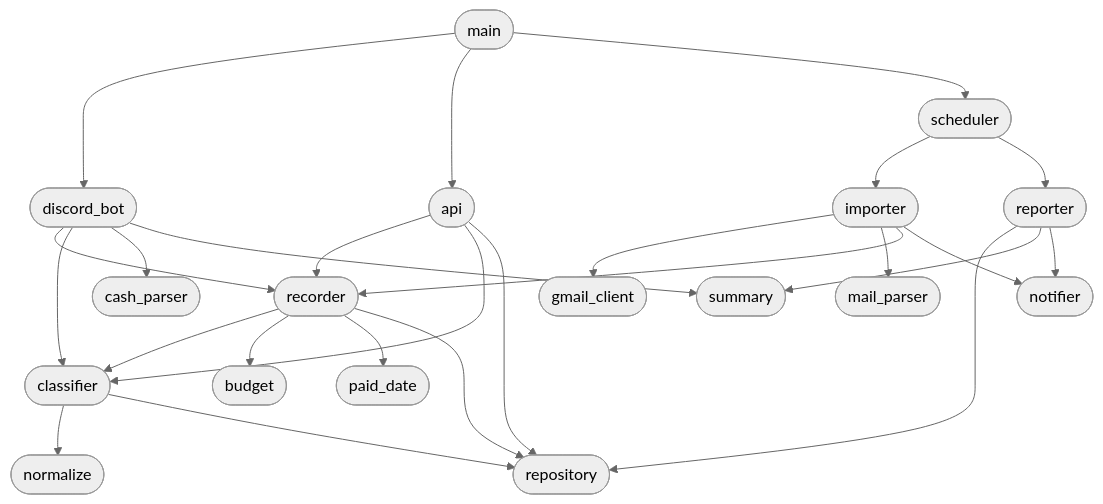
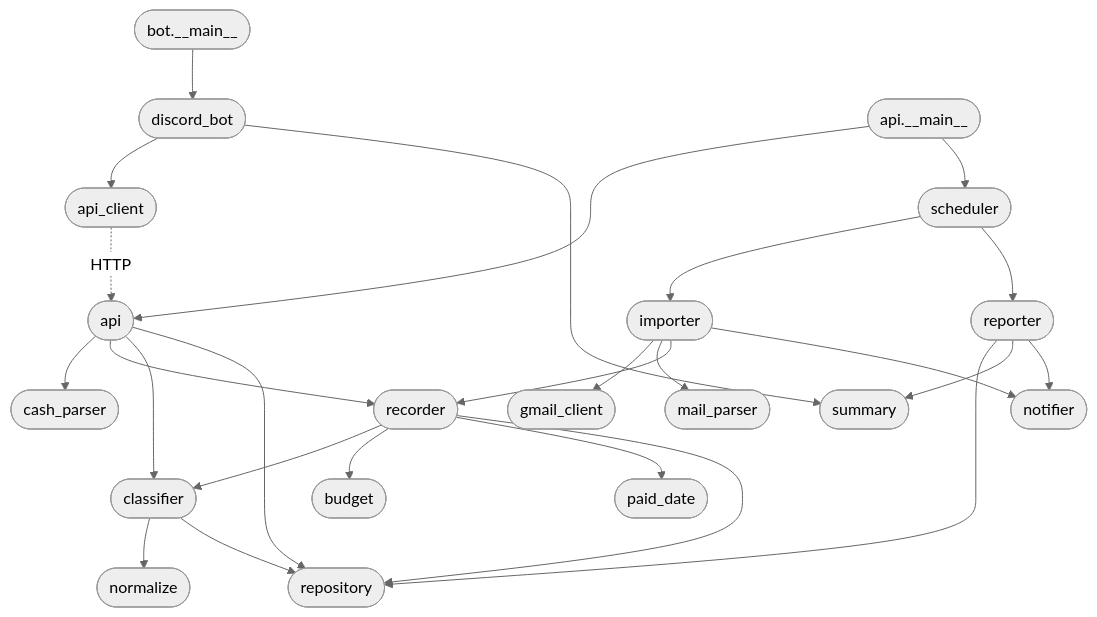
The fourth of 4 diagrams in docs/design.md (Yokochi513/Tsukena), drawn with Mermaid (neutral theme) before and after one commit. The commit also changed other lines of this file and 8 other files, not shown here.

First line of the commit message:
Discord bot の設計書と ADR-0006〜0008 を追加

````diff
--- a/docs/design.md
+++ b/docs/design.md
@@ -226,31 +256,31 @@
 ```mermaid
 flowchart TD
-    MAIN(["main"]) --> BOT(["discord_bot"])
-    MAIN --> API(["api"])
-    MAIN --> SCH(["scheduler"])
+    BMAIN(["bot.__main__"]) --> BOT(["discord_bot"])
+    AMAIN(["api.__main__"]) --> API(["api"])
+    AMAIN --> SCH(["scheduler"])
 
-    BOT --> REC(["recorder"])
-    BOT --> CLS(["classifier"])
-    BOT --> CP(["cash_parser"])
+    BOT --> APIC(["api_client"])
     BOT --> SUM(["summary"])
-    API --> REC
-    API --> CLS
+    APIC -.->|"HTTP"| API
+    API --> CP(["cash_parser"])
+    API --> REC(["recorder"])
+    API --> CLS(["classifier"])
     API --> REPO(["repository"])
     SCH --> IMP(["importer"])
     SCH --> RPT(["reporter"])
 
     IMP --> GC(["gmail_client"])
     IMP --> MP(["mail_parser"])
     IMP --> REC
     IMP --> NTF(["notifier"])
     RPT --> REPO
     RPT --> SUM
     RPT --> NTF
 
     REC --> CLS
     REC --> BUD(["budget"])
     REC --> PD(["paid_date"])
     REC --> REPO
     CLS --> NRM(["normalize"])
     CLS --> REPO
 ```
````
